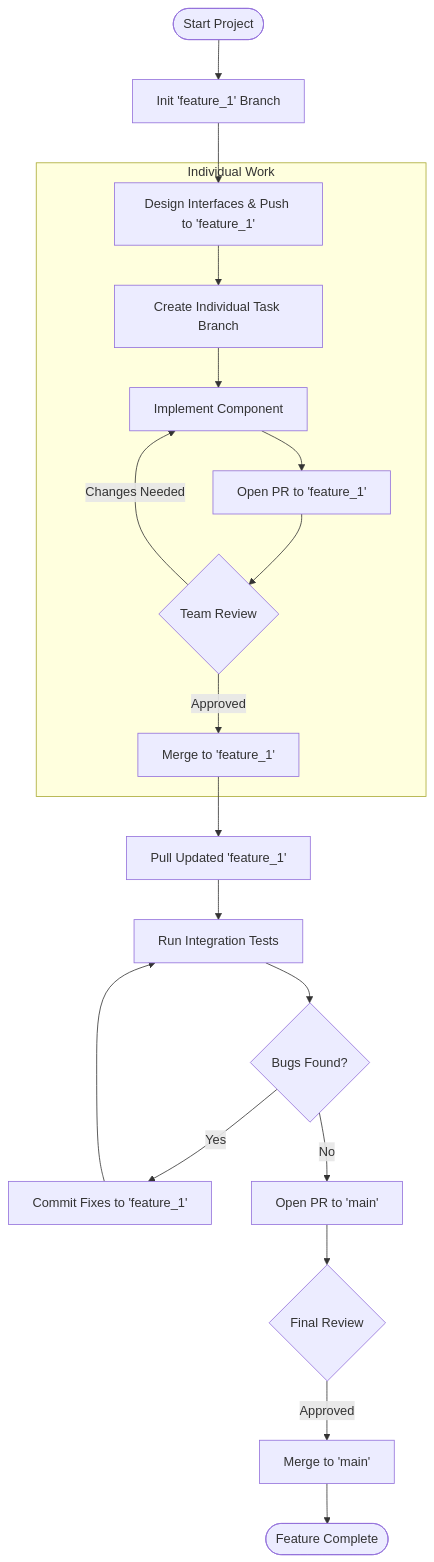
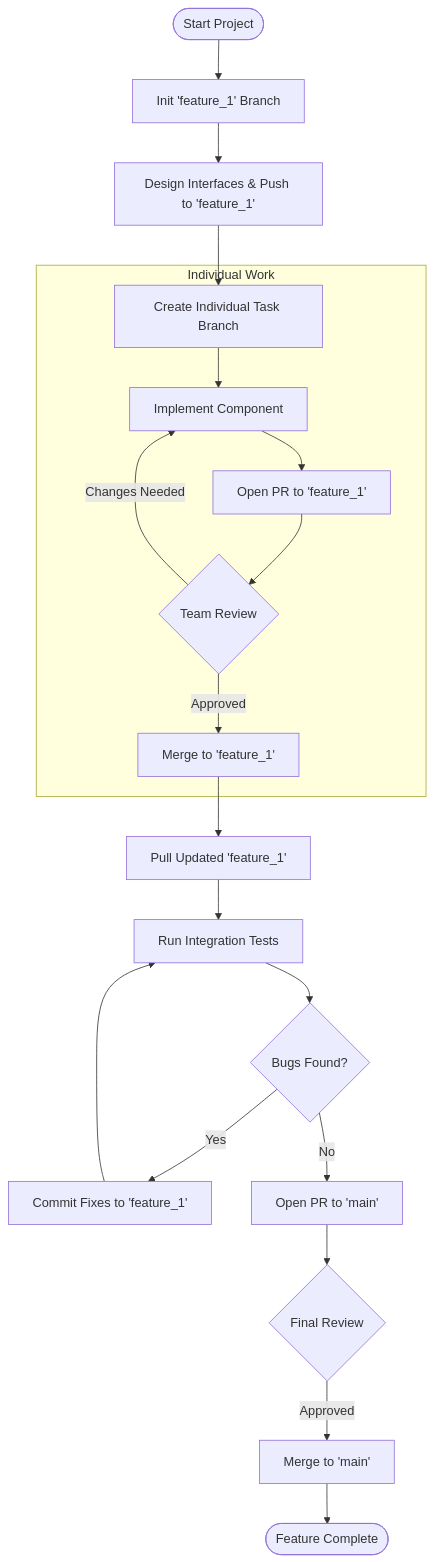
The first of 2 diagrams in README.md (cse4504-wustl/workflow), drawn with Mermaid before and after one commit.

Commit message:
Fix indentation in README mermaid diagram

````diff
--- a/README.md
+++ b/README.md
@@ -2,25 +2,25 @@
 ```mermaid
 flowchart TD
     Start([Start Project]) --> InitFeature[Init 'feature_1' Branch]
     InitFeature --> Design[Design Interfaces & Push to 'feature_1']
-    
+    Design --> BranchInd[Create Individual Task Branch]
+
     subgraph Individual Work
-    Design --> BranchInd[Create Individual Task Branch]
     BranchInd --> Implement[Implement Component]
     Implement --> PR_Ind[Open PR to 'feature_1']
     PR_Ind --> Review_Ind{Team Review}
     Review_Ind -- Changes Needed --> Implement
     Review_Ind -- Approved --> Merge_Ind[Merge to 'feature_1']
     end
     
     Merge_Ind --> Pull[Pull Updated 'feature_1']
     Pull --> Test[Run Integration Tests]
     Test --> Fix{Bugs Found?}
     Fix -- Yes --> FixCommit[Commit Fixes to 'feature_1']
     FixCommit --> Test
     Fix -- No --> FinalPR[Open PR to 'main']
     
     FinalPR --> Review_Final{Final Review}
     Review_Final -- Approved --> MainMerge[Merge to 'main']
     MainMerge --> Done([Feature Complete])
 ```
````
